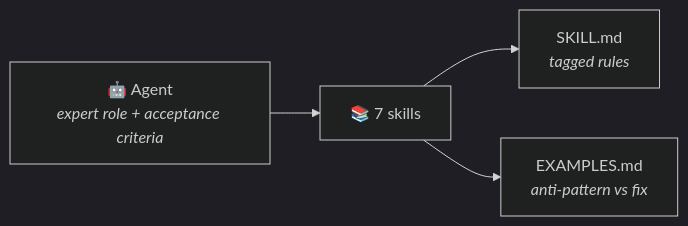
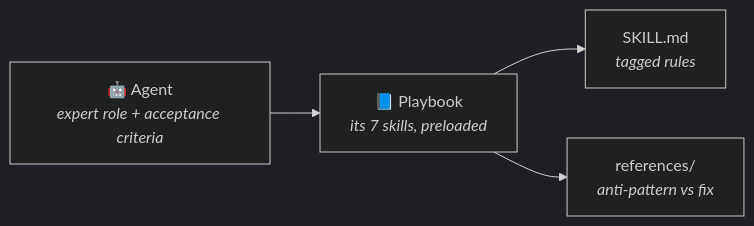
One commit to asrms/enterprise-agents-claude-copilot changed the diagram in README.md. Above: the diagram before and after it, drawn with Mermaid (dark theme). The commit also changed other lines of this file and 1796 other files, not shown here.

Commit message:
update skills references

````diff
--- a/README.md
+++ b/README.md
@@ -370,6 +378,6 @@
 ```mermaid
 flowchart LR
-    A["🤖 Agent<br/><i>expert role + acceptance criteria</i>"] --> B["📚 7 skills"]
+    A["🤖 Agent<br/><i>expert role + acceptance criteria</i>"] --> B["📘 Playbook<br/><i>its 7 skills, preloaded</i>"]
     B --> C["SKILL.md<br/><i>tagged rules</i>"]
-    B --> D["EXAMPLES.md<br/><i>anti-pattern vs fix</i>"]
+    B --> D["references/<br/><i>anti-pattern vs fix</i>"]
 ```
````
